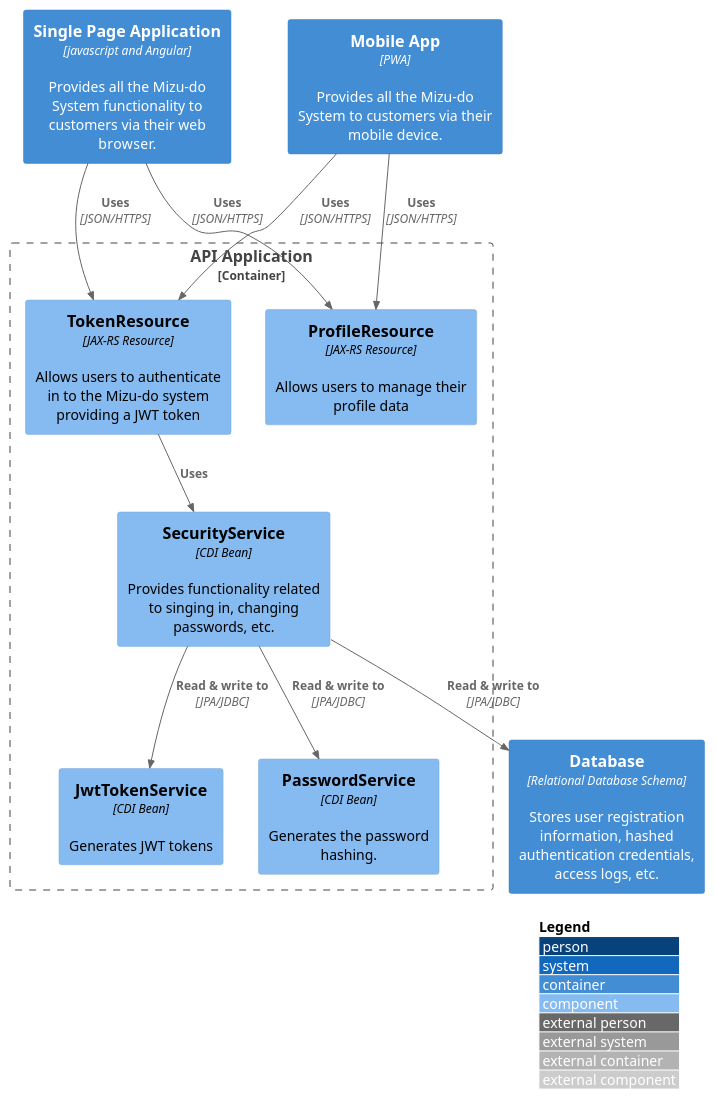
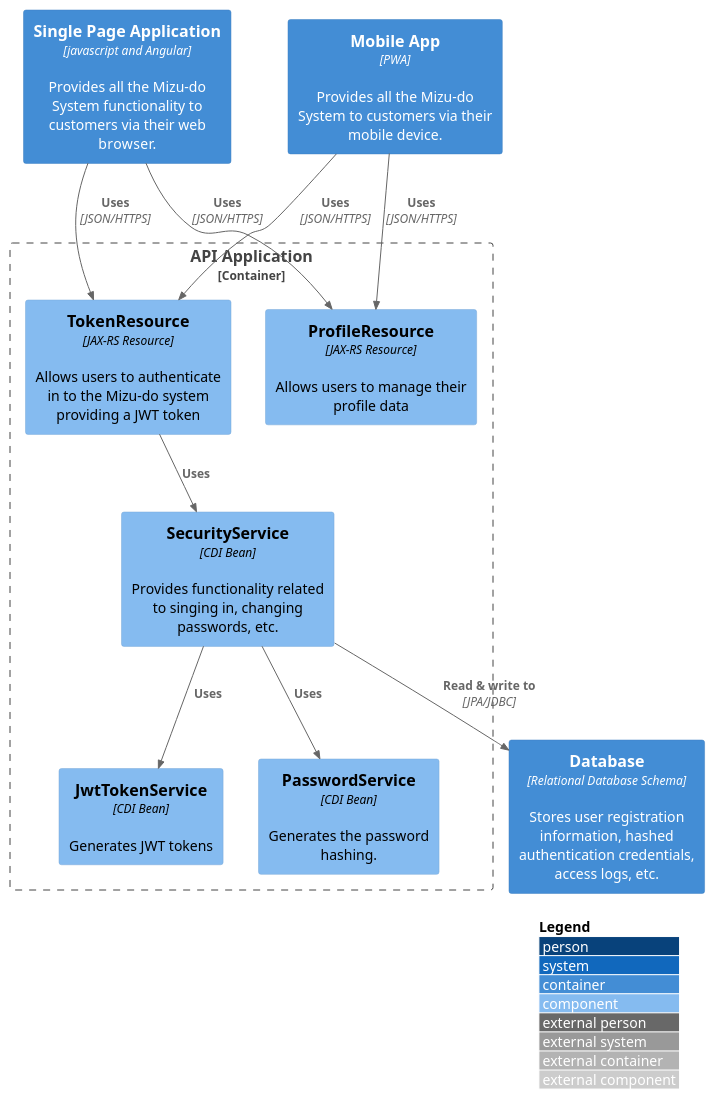
Before and after one commit to arrudalabs/mizudo-app: the diagram in documentation/src/1 Mizu-do System/API Application/container.puml, drawn with PlantUML. The commit also changed 1 other file, not shown here.

```diff
--- a/documentation/src/1 Mizu-do System/API Application/container.puml
+++ b/documentation/src/1 Mizu-do System/API Application/container.puml
@@ -1,30 +1,30 @@
 @startuml
 !include https://raw.githubusercontent.com/adrianvlupu/C4-PlantUML/latest/C4_Component.puml
 
 LAYOUT_WITH_LEGEND()
 
 Container(spa, "Single Page Application", "javascript and Angular", "Provides all the Mizu-do System functionality to customers via their web browser.")
 Container(ma, "Mobile App", "PWA", "Provides all the Mizu-do System to customers via their mobile device.")
 Container(db, "Database", "Relational Database Schema", "Stores user registration information, hashed authentication credentials, access logs, etc.")
 
 Container_Boundary(api, "API Application") {
     Component(tokenResource, "TokenResource", "JAX-RS Resource", "Allows users to authenticate in to the Mizu-do system providing a JWT token")
     Component(securityService, "SecurityService", "CDI Bean", "Provides functionality related to singing in, changing passwords, etc.")
     Component(JwtTokenService, "JwtTokenService", "CDI Bean", "Generates JWT tokens")
     Component(passwordService, "PasswordService", "CDI Bean", "Generates the password hashing.")
 
     Component(profileResource, "ProfileResource", "JAX-RS Resource", "Allows users to manage their profile data")
     
     Rel(tokenResource, securityService, "Uses")
     Rel(securityService, db, "Read & write to", "JPA/JDBC")
-    Rel(securityService, JwtTokenService, "Read & write to", "JPA/JDBC")
-    Rel(securityService, passwordService, "Read & write to", "JPA/JDBC")
+    Rel(securityService, JwtTokenService, "Uses")
+    Rel(securityService, passwordService, "Uses")
 }
 
 Rel(spa, tokenResource, "Uses", "JSON/HTTPS")
 Rel(ma, tokenResource, "Uses", "JSON/HTTPS")
 
 Rel(spa, profileResource, "Uses", "JSON/HTTPS")
 Rel(ma, profileResource, "Uses", "JSON/HTTPS")
 
 @enduml
```
